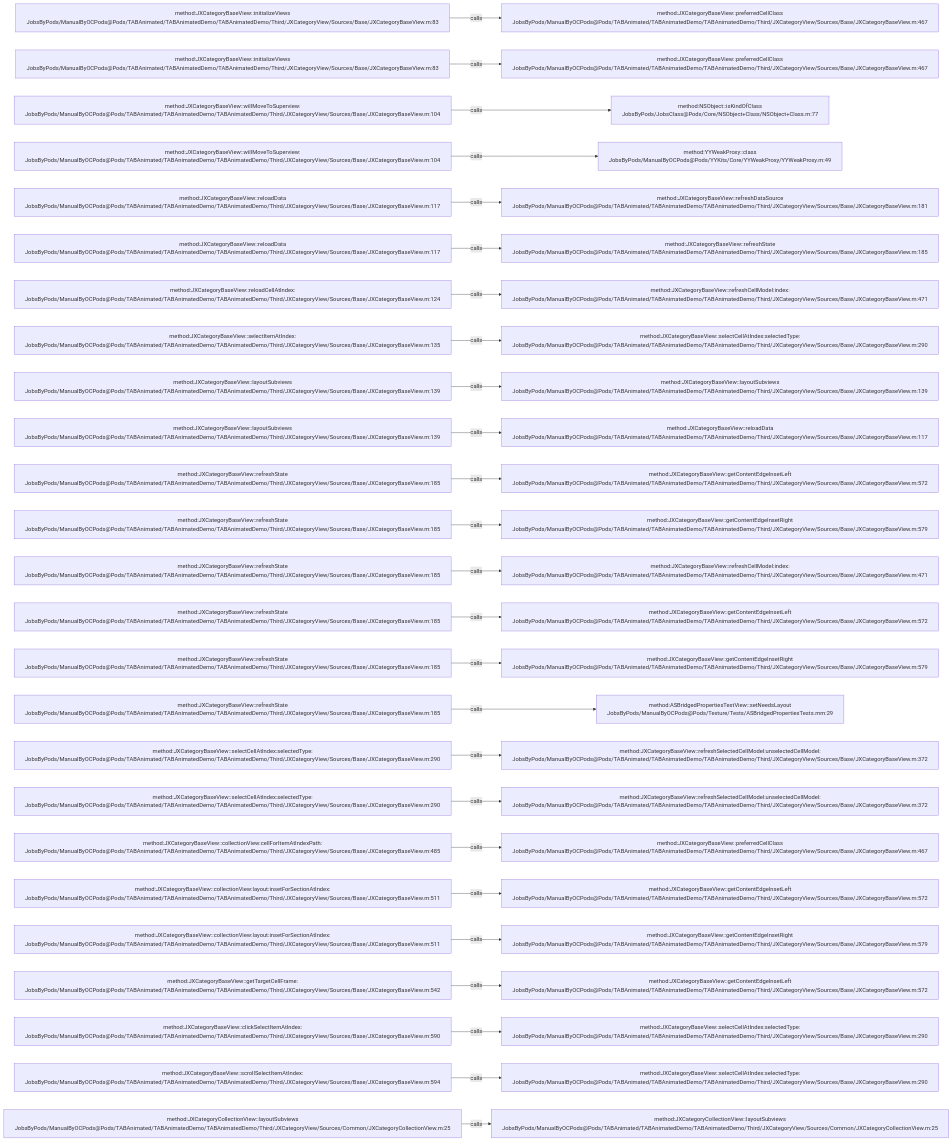
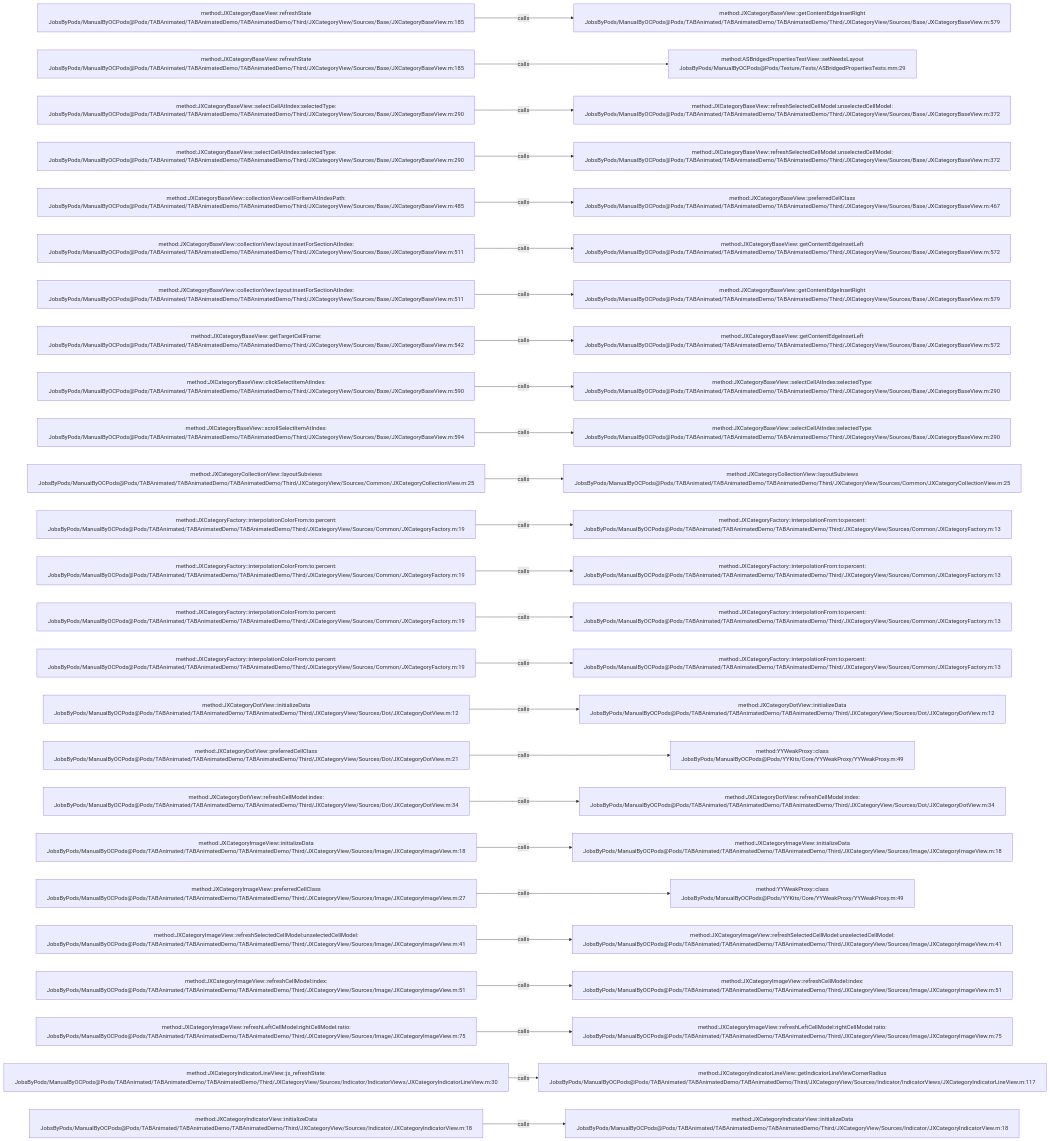
Before and after one commit to JobsKits/JobsOCBaseConfigDemo: the diagram in .codegraph/codegraph.md/graphs/calls-043.md, drawn with Mermaid. The commit also changed 296 other files, not shown here.

````diff
--- a/.codegraph/codegraph.md/graphs/calls-043.md
+++ b/.codegraph/codegraph.md/graphs/calls-043.md
@@ -13,78 +13,78 @@
 ```mermaid
 flowchart LR
-  S1["method:JXCategoryBaseView::initializeViews<br/>JobsByPods/ManualByOCPods@Pods/TABAnimated/TABAnimatedDemo/TABAnimatedDemo/Third/JXCategoryView/Sources/Base/JXCategoryBaseView.m:83"]
-  T1["method:JXCategoryBaseView::preferredCellClass<br/>JobsByPods/ManualByOCPods@Pods/TABAnimated/TABAnimatedDemo/TABAnimatedDemo/Third/JXCategoryView/Sources/Base/JXCategoryBaseView.m:467"]
+  S1["method:JXCategoryBaseView::refreshState<br/>JobsByPods/ManualByOCPods@Pods/TABAnimated/TABAnimatedDemo/TABAnimatedDemo/Third/JXCategoryView/Sources/Base/JXCategoryBaseView.m:185"]
+  T1["method:JXCategoryBaseView::getContentEdgeInsetRight<br/>JobsByPods/ManualByOCPods@Pods/TABAnimated/TABAnimatedDemo/TABAnimatedDemo/Third/JXCategoryView/Sources/Base/JXCategoryBaseView.m:579"]
   S1 -->|calls| T1
-  S2["method:JXCategoryBaseView::initializeViews<br/>JobsByPods/ManualByOCPods@Pods/TABAnimated/TABAnimatedDemo/TABAnimatedDemo/Third/JXCategoryView/Sources/Base/JXCategoryBaseView.m:83"]
-  T2["method:JXCategoryBaseView::preferredCellClass<br/>JobsByPods/ManualByOCPods@Pods/TABAnimated/TABAnimatedDemo/TABAnimatedDemo/Third/JXCategoryView/Sources/Base/JXCategoryBaseView.m:467"]
+  S2["method:JXCategoryBaseView::refreshState<br/>JobsByPods/ManualByOCPods@Pods/TABAnimated/TABAnimatedDemo/TABAnimatedDemo/Third/JXCategoryView/Sources/Base/JXCategoryBaseView.m:185"]
+  T2["method:ASBridgedPropertiesTestView::setNeedsLayout<br/>JobsByPods/ManualByOCPods@Pods/Texture/Tests/ASBridgedPropertiesTests.mm:29"]
   S2 -->|calls| T2
-  S3["method:JXCategoryBaseView::willMoveToSuperview:<br/>JobsByPods/ManualByOCPods@Pods/TABAnimated/TABAnimatedDemo/TABAnimatedDemo/Third/JXCategoryView/Sources/Base/JXCategoryBaseView.m:104"]
-  T3["method:NSObject::isKindOfClass<br/>JobsByPods/JobsClass@Pods/Core/NSObject+Class/NSObject+Class.m:77"]
+  S3["method:JXCategoryBaseView::selectCellAtIndex:selectedType:<br/>JobsByPods/ManualByOCPods@Pods/TABAnimated/TABAnimatedDemo/TABAnimatedDemo/Third/JXCategoryView/Sources/Base/JXCategoryBaseView.m:290"]
+  T3["method:JXCategoryBaseView::refreshSelectedCellModel:unselectedCellModel:<br/>JobsByPods/ManualByOCPods@Pods/TABAnimated/TABAnimatedDemo/TABAnimatedDemo/Third/JXCategoryView/Sources/Base/JXCategoryBaseView.m:372"]
   S3 -->|calls| T3
-  S4["method:JXCategoryBaseView::willMoveToSuperview:<br/>JobsByPods/ManualByOCPods@Pods/TABAnimated/TABAnimatedDemo/TABAnimatedDemo/Third/JXCategoryView/Sources/Base/JXCategoryBaseView.m:104"]
-  T4["method:YYWeakProxy::class<br/>JobsByPods/ManualByOCPods@Pods/YYKits/Core/YYWeakProxy/YYWeakProxy.m:49"]
+  S4["method:JXCategoryBaseView::selectCellAtIndex:selectedType:<br/>JobsByPods/ManualByOCPods@Pods/TABAnimated/TABAnimatedDemo/TABAnimatedDemo/Third/JXCategoryView/Sources/Base/JXCategoryBaseView.m:290"]
+  T4["method:JXCategoryBaseView::refreshSelectedCellModel:unselectedCellModel:<br/>JobsByPods/ManualByOCPods@Pods/TABAnimated/TABAnimatedDemo/TABAnimatedDemo/Third/JXCategoryView/Sources/Base/JXCategoryBaseView.m:372"]
   S4 -->|calls| T4
-  S5["method:JXCategoryBaseView::reloadData<br/>JobsByPods/ManualByOCPods@Pods/TABAnimated/TABAnimatedDemo/TABAnimatedDemo/Third/JXCategoryView/Sources/Base/JXCategoryBaseView.m:117"]
-  T5["method:JXCategoryBaseView::refreshDataSource<br/>JobsByPods/ManualByOCPods@Pods/TABAnimated/TABAnimatedDemo/TABAnimatedDemo/Third/JXCategoryView/Sources/Base/JXCategoryBaseView.m:181"]
+  S5["method:JXCategoryBaseView::collectionView:cellForItemAtIndexPath:<br/>JobsByPods/ManualByOCPods@Pods/TABAnimated/TABAnimatedDemo/TABAnimatedDemo/Third/JXCategoryView/Sources/Base/JXCategoryBaseView.m:485"]
+  T5["method:JXCategoryBaseView::preferredCellClass<br/>JobsByPods/ManualByOCPods@Pods/TABAnimated/TABAnimatedDemo/TABAnimatedDemo/Third/JXCategoryView/Sources/Base/JXCategoryBaseView.m:467"]
   S5 -->|calls| T5
-  S6["method:JXCategoryBaseView::reloadData<br/>JobsByPods/ManualByOCPods@Pods/TABAnimated/TABAnimatedDemo/TABAnimatedDemo/Third/JXCategoryView/Sources/Base/JXCategoryBaseView.m:117"]
-  T6["method:JXCategoryBaseView::refreshState<br/>JobsByPods/ManualByOCPods@Pods/TABAnimated/TABAnimatedDemo/TABAnimatedDemo/Third/JXCategoryView/Sources/Base/JXCategoryBaseView.m:185"]
+  S6["method:JXCategoryBaseView::collectionView:layout:insetForSectionAtIndex:<br/>JobsByPods/ManualByOCPods@Pods/TABAnimated/TABAnimatedDemo/TABAnimatedDemo/Third/JXCategoryView/Sources/Base/JXCategoryBaseView.m:511"]
+  T6["method:JXCategoryBaseView::getContentEdgeInsetLeft<br/>JobsByPods/ManualByOCPods@Pods/TABAnimated/TABAnimatedDemo/TABAnimatedDemo/Third/JXCategoryView/Sources/Base/JXCategoryBaseView.m:572"]
   S6 -->|calls| T6
-  S7["method:JXCategoryBaseView::reloadCellAtIndex:<br/>JobsByPods/ManualByOCPods@Pods/TABAnimated/TABAnimatedDemo/TABAnimatedDemo/Third/JXCategoryView/Sources/Base/JXCategoryBaseView.m:124"]
-  T7["method:JXCategoryBaseView::refreshCellModel:index:<br/>JobsByPods/ManualByOCPods@Pods/TABAnimated/TABAnimatedDemo/TABAnimatedDemo/Third/JXCategoryView/Sources/Base/JXCategoryBaseView.m:471"]
+  S7["method:JXCategoryBaseView::collectionView:layout:insetForSectionAtIndex:<br/>JobsByPods/ManualByOCPods@Pods/TABAnimated/TABAnimatedDemo/TABAnimatedDemo/Third/JXCategoryView/Sources/Base/JXCategoryBaseView.m:511"]
+  T7["method:JXCategoryBaseView::getContentEdgeInsetRight<br/>JobsByPods/ManualByOCPods@Pods/TABAnimated/TABAnimatedDemo/TABAnimatedDemo/Third/JXCategoryView/Sources/Base/JXCategoryBaseView.m:579"]
   S7 -->|calls| T7
-  S8["method:JXCategoryBaseView::selectItemAtIndex:<br/>JobsByPods/ManualByOCPods@Pods/TABAnimated/TABAnimatedDemo/TABAnimatedDemo/Third/JXCategoryView/Sources/Base/JXCategoryBaseView.m:135"]
-  T8["method:JXCategoryBaseView::selectCellAtIndex:selectedType:<br/>JobsByPods/ManualByOCPods@Pods/TABAnimated/TABAnimatedDemo/TABAnimatedDemo/Third/JXCategoryView/Sources/Base/JXCategoryBaseView.m:290"]
+  S8["method:JXCategoryBaseView::getTargetCellFrame:<br/>JobsByPods/ManualByOCPods@Pods/TABAnimated/TABAnimatedDemo/TABAnimatedDemo/Third/JXCategoryView/Sources/Base/JXCategoryBaseView.m:542"]
+  T8["method:JXCategoryBaseView::getContentEdgeInsetLeft<br/>JobsByPods/ManualByOCPods@Pods/TABAnimated/TABAnimatedDemo/TABAnimatedDemo/Third/JXCategoryView/Sources/Base/JXCategoryBaseView.m:572"]
   S8 -->|calls| T8
-  S9["method:JXCategoryBaseView::layoutSubviews<br/>JobsByPods/ManualByOCPods@Pods/TABAnimated/TABAnimatedDemo/TABAnimatedDemo/Third/JXCategoryView/Sources/Base/JXCategoryBaseView.m:139"]
-  T9["method:JXCategoryBaseView::layoutSubviews<br/>JobsByPods/ManualByOCPods@Pods/TABAnimated/TABAnimatedDemo/TABAnimatedDemo/Third/JXCategoryView/Sources/Base/JXCategoryBaseView.m:139"]
+  S9["method:JXCategoryBaseView::clickSelectItemAtIndex:<br/>JobsByPods/ManualByOCPods@Pods/TABAnimated/TABAnimatedDemo/TABAnimatedDemo/Third/JXCategoryView/Sources/Base/JXCategoryBaseView.m:590"]
+  T9["method:JXCategoryBaseView::selectCellAtIndex:selectedType:<br/>JobsByPods/ManualByOCPods@Pods/TABAnimated/TABAnimatedDemo/TABAnimatedDemo/Third/JXCategoryView/Sources/Base/JXCategoryBaseView.m:290"]
   S9 -->|calls| T9
-  S10["method:JXCategoryBaseView::layoutSubviews<br/>JobsByPods/ManualByOCPods@Pods/TABAnimated/TABAnimatedDemo/TABAnimatedDemo/Third/JXCategoryView/Sources/Base/JXCategoryBaseView.m:139"]
-  T10["method:JXCategoryBaseView::reloadData<br/>JobsByPods/ManualByOCPods@Pods/TABAnimated/TABAnimatedDemo/TABAnimatedDemo/Third/JXCategoryView/Sources/Base/JXCategoryBaseView.m:117"]
+  S10["method:JXCategoryBaseView::scrollSelectItemAtIndex:<br/>JobsByPods/ManualByOCPods@Pods/TABAnimated/TABAnimatedDemo/TABAnimatedDemo/Third/JXCategoryView/Sources/Base/JXCategoryBaseView.m:594"]
+  T10["method:JXCategoryBaseView::selectCellAtIndex:selectedType:<br/>JobsByPods/ManualByOCPods@Pods/TABAnimated/TABAnimatedDemo/TABAnimatedDemo/Third/JXCategoryView/Sources/Base/JXCategoryBaseView.m:290"]
   S10 -->|calls| T10
-  S11["method:JXCategoryBaseView::refreshState<br/>JobsByPods/ManualByOCPods@Pods/TABAnimated/TABAnimatedDemo/TABAnimatedDemo/Third/JXCategoryView/Sources/Base/JXCategoryBaseView.m:185"]
-  T11["method:JXCategoryBaseView::getContentEdgeInsetLeft<br/>JobsByPods/ManualByOCPods@Pods/TABAnimated/TABAnimatedDemo/TABAnimatedDemo/Third/JXCategoryView/Sources/Base/JXCategoryBaseView.m:572"]
+  S11["method:JXCategoryCollectionView::layoutSubviews<br/>JobsByPods/ManualByOCPods@Pods/TABAnimated/TABAnimatedDemo/TABAnimatedDemo/Third/JXCategoryView/Sources/Common/JXCategoryCollectionView.m:25"]
+  T11["method:JXCategoryCollectionView::layoutSubviews<br/>JobsByPods/ManualByOCPods@Pods/TABAnimated/TABAnimatedDemo/TABAnimatedDemo/Third/JXCategoryView/Sources/Common/JXCategoryCollectionView.m:25"]
   S11 -->|calls| T11
-  S12["method:JXCategoryBaseView::refreshState<br/>JobsByPods/ManualByOCPods@Pods/TABAnimated/TABAnimatedDemo/TABAnimatedDemo/Third/JXCategoryView/Sources/Base/JXCategoryBaseView.m:185"]
-  T12["method:JXCategoryBaseView::getContentEdgeInsetRight<br/>JobsByPods/ManualByOCPods@Pods/TABAnimated/TABAnimatedDemo/TABAnimatedDemo/Third/JXCategoryView/Sources/Base/JXCategoryBaseView.m:579"]
+  S12["method:JXCategoryFactory::interpolationColorFrom:to:percent:<br/>JobsByPods/ManualByOCPods@Pods/TABAnimated/TABAnimatedDemo/TABAnimatedDemo/Third/JXCategoryView/Sources/Common/JXCategoryFactory.m:19"]
+  T12["method:JXCategoryFactory::interpolationFrom:to:percent:<br/>JobsByPods/ManualByOCPods@Pods/TABAnimated/TABAnimatedDemo/TABAnimatedDemo/Third/JXCategoryView/Sources/Common/JXCategoryFactory.m:13"]
   S12 -->|calls| T12
-  S13["method:JXCategoryBaseView::refreshState<br/>JobsByPods/ManualByOCPods@Pods/TABAnimated/TABAnimatedDemo/TABAnimatedDemo/Third/JXCategoryView/Sources/Base/JXCategoryBaseView.m:185"]
-  T13["method:JXCategoryBaseView::refreshCellModel:index:<br/>JobsByPods/ManualByOCPods@Pods/TABAnimated/TABAnimatedDemo/TABAnimatedDemo/Third/JXCategoryView/Sources/Base/JXCategoryBaseView.m:471"]
+  S13["method:JXCategoryFactory::interpolationColorFrom:to:percent:<br/>JobsByPods/ManualByOCPods@Pods/TABAnimated/TABAnimatedDemo/TABAnimatedDemo/Third/JXCategoryView/Sources/Common/JXCategoryFactory.m:19"]
+  T13["method:JXCategoryFactory::interpolationFrom:to:percent:<br/>JobsByPods/ManualByOCPods@Pods/TABAnimated/TABAnimatedDemo/TABAnimatedDemo/Third/JXCategoryView/Sources/Common/JXCategoryFactory.m:13"]
   S13 -->|calls| T13
-  S14["method:JXCategoryBaseView::refreshState<br/>JobsByPods/ManualByOCPods@Pods/TABAnimated/TABAnimatedDemo/TABAnimatedDemo/Third/JXCategoryView/Sources/Base/JXCategoryBaseView.m:185"]
-  T14["method:JXCategoryBaseView::getContentEdgeInsetLeft<br/>JobsByPods/ManualByOCPods@Pods/TABAnimated/TABAnimatedDemo/TABAnimatedDemo/Third/JXCategoryView/Sources/Base/JXCategoryBaseView.m:572"]
+  S14["method:JXCategoryFactory::interpolationColorFrom:to:percent:<br/>JobsByPods/ManualByOCPods@Pods/TABAnimated/TABAnimatedDemo/TABAnimatedDemo/Third/JXCategoryView/Sources/Common/JXCategoryFactory.m:19"]
+  T14["method:JXCategoryFactory::interpolationFrom:to:percent:<br/>JobsByPods/ManualByOCPods@Pods/TABAnimated/TABAnimatedDemo/TABAnimatedDemo/Third/JXCategoryView/Sources/Common/JXCategoryFactory.m:13"]
   S14 -->|calls| T14
-  S15["method:JXCategoryBaseView::refreshState<br/>JobsByPods/ManualByOCPods@Pods/TABAnimated/TABAnimatedDemo/TABAnimatedDemo/Third/JXCategoryView/Sources/Base/JXCategoryBaseView.m:185"]
-  T15["method:JXCategoryBaseView::getContentEdgeInsetRight<br/>JobsByPods/ManualByOCPods@Pods/TABAnimated/TABAnimatedDemo/TABAnimatedDemo/Third/JXCategoryView/Sources/Base/JXCategoryBaseView.m:579"]
+  S15["method:JXCategoryFactory::interpolationColorFrom:to:percent:<br/>JobsByPods/ManualByOCPods@Pods/TABAnimated/TABAnimatedDemo/TABAnimatedDemo/Third/JXCategoryView/Sources/Common/JXCategoryFactory.m:19"]
+  T15["method:JXCategoryFactory::interpolationFrom:to:percent:<br/>JobsByPods/ManualByOCPods@Pods/TABAnimated/TABAnimatedDemo/TABAnimatedDemo/Third/JXCategoryView/Sources/Common/JXCategoryFactory.m:13"]
   S15 -->|calls| T15
-  S16["method:JXCategoryBaseView::refreshState<br/>JobsByPods/ManualByOCPods@Pods/TABAnimated/TABAnimatedDemo/TABAnimatedDemo/Third/JXCategoryView/Sources/Base/JXCategoryBaseView.m:185"]
-  T16["method:ASBridgedPropertiesTestView::setNeedsLayout<br/>JobsByPods/ManualByOCPods@Pods/Texture/Tests/ASBridgedPropertiesTests.mm:29"]
+  S16["method:JXCategoryDotView::initializeData<br/>JobsByPods/ManualByOCPods@Pods/TABAnimated/TABAnimatedDemo/TABAnimatedDemo/Third/JXCategoryView/Sources/Dot/JXCategoryDotView.m:12"]
+  T16["method:JXCategoryDotView::initializeData<br/>JobsByPods/ManualByOCPods@Pods/TABAnimated/TABAnimatedDemo/TABAnimatedDemo/Third/JXCategoryView/Sources/Dot/JXCategoryDotView.m:12"]
   S16 -->|calls| T16
-  S17["method:JXCategoryBaseView::selectCellAtIndex:selectedType:<br/>JobsByPods/ManualByOCPods@Pods/TABAnimated/TABAnimatedDemo/TABAnimatedDemo/Third/JXCategoryView/Sources/Base/JXCategoryBaseView.m:290"]
-  T17["method:JXCategoryBaseView::refreshSelectedCellModel:unselectedCellModel:<br/>JobsByPods/ManualByOCPods@Pods/TABAnimated/TABAnimatedDemo/TABAnimatedDemo/Third/JXCategoryView/Sources/Base/JXCategoryBaseView.m:372"]
+  S17["method:JXCategoryDotView::preferredCellClass<br/>JobsByPods/ManualByOCPods@Pods/TABAnimated/TABAnimatedDemo/TABAnimatedDemo/Third/JXCategoryView/Sources/Dot/JXCategoryDotView.m:21"]
+  T17["method:YYWeakProxy::class<br/>JobsByPods/ManualByOCPods@Pods/YYKits/Core/YYWeakProxy/YYWeakProxy.m:49"]
   S17 -->|calls| T17
-  S18["method:JXCategoryBaseView::selectCellAtIndex:selectedType:<br/>JobsByPods/ManualByOCPods@Pods/TABAnimated/TABAnimatedDemo/TABAnimatedDemo/Third/JXCategoryView/Sources/Base/JXCategoryBaseView.m:290"]
-  T18["method:JXCategoryBaseView::refreshSelectedCellModel:unselectedCellModel:<br/>JobsByPods/ManualByOCPods@Pods/TABAnimated/TABAnimatedDemo/TABAnimatedDemo/Third/JXCategoryView/Sources/Base/JXCategoryBaseView.m:372"]
+  S18["method:JXCategoryDotView::refreshCellModel:index:<br/>JobsByPods/ManualByOCPods@Pods/TABAnimated/TABAnimatedDemo/TABAnimatedDemo/Third/JXCategoryView/Sources/Dot/JXCategoryDotView.m:34"]
+  T18["method:JXCategoryDotView::refreshCellModel:index:<br/>JobsByPods/ManualByOCPods@Pods/TABAnimated/TABAnimatedDemo/TABAnimatedDemo/Third/JXCategoryView/Sources/Dot/JXCategoryDotView.m:34"]
   S18 -->|calls| T18
-  S19["method:JXCategoryBaseView::collectionView:cellForItemAtIndexPath:<br/>JobsByPods/ManualByOCPods@Pods/TABAnimated/TABAnimatedDemo/TABAnimatedDemo/Third/JXCategoryView/Sources/Base/JXCategoryBaseView.m:485"]
-  T19["method:JXCategoryBaseView::preferredCellClass<br/>JobsByPods/ManualByOCPods@Pods/TABAnimated/TABAnimatedDemo/TABAnimatedDemo/Third/JXCategoryView/Sources/Base/JXCategoryBaseView.m:467"]
+  S19["method:JXCategoryImageView::initializeData<br/>JobsByPods/ManualByOCPods@Pods/TABAnimated/TABAnimatedDemo/TABAnimatedDemo/Third/JXCategoryView/Sources/Image/JXCategoryImageView.m:18"]
+  T19["method:JXCategoryImageView::initializeData<br/>JobsByPods/ManualByOCPods@Pods/TABAnimated/TABAnimatedDemo/TABAnimatedDemo/Third/JXCategoryView/Sources/Image/JXCategoryImageView.m:18"]
   S19 -->|calls| T19
-  S20["method:JXCategoryBaseView::collectionView:layout:insetForSectionAtIndex:<br/>JobsByPods/ManualByOCPods@Pods/TABAnimated/TABAnimatedDemo/TABAnimatedDemo/Third/JXCategoryView/Sources/Base/JXCategoryBaseView.m:511"]
-  T20["method:JXCategoryBaseView::getContentEdgeInsetLeft<br/>JobsByPods/ManualByOCPods@Pods/TABAnimated/TABAnimatedDemo/TABAnimatedDemo/Third/JXCategoryView/Sources/Base/JXCategoryBaseView.m:572"]
+  S20["method:JXCategoryImageView::preferredCellClass<br/>JobsByPods/ManualByOCPods@Pods/TABAnimated/TABAnimatedDemo/TABAnimatedDemo/Third/JXCategoryView/Sources/Image/JXCategoryImageView.m:27"]
+  T20["method:YYWeakProxy::class<br/>JobsByPods/ManualByOCPods@Pods/YYKits/Core/YYWeakProxy/YYWeakProxy.m:49"]
   S20 -->|calls| T20
-  S21["method:JXCategoryBaseView::collectionView:layout:insetForSectionAtIndex:<br/>JobsByPods/ManualByOCPods@Pods/TABAnimated/TABAnimatedDemo/TABAnimatedDemo/Third/JXCategoryView/Sources/Base/JXCategoryBaseView.m:511"]
-  T21["method:JXCategoryBaseView::getContentEdgeInsetRight<br/>JobsByPods/ManualByOCPods@Pods/TABAnimated/TABAnimatedDemo/TABAnimatedDemo/Third/JXCategoryView/Sources/Base/JXCategoryBaseView.m:579"]
+  S21["method:JXCategoryImageView::refreshSelectedCellModel:unselectedCellModel:<br/>JobsByPods/ManualByOCPods@Pods/TABAnimated/TABAnimatedDemo/TABAnimatedDemo/Third/JXCategoryView/Sources/Image/JXCategoryImageView.m:41"]
+  T21["method:JXCategoryImageView::refreshSelectedCellModel:unselectedCellModel:<br/>JobsByPods/ManualByOCPods@Pods/TABAnimated/TABAnimatedDemo/TABAnimatedDemo/Third/JXCategoryView/Sources/Image/JXCategoryImageView.m:41"]
   S21 -->|calls| T21
-  S22["method:JXCategoryBaseView::getTargetCellFrame:<br/>JobsByPods/ManualByOCPods@Pods/TABAnimated/TABAnimatedDemo/TABAnimatedDemo/Third/JXCategoryView/Sources/Base/JXCategoryBaseView.m:542"]
-  T22["method:JXCategoryBaseView::getContentEdgeInsetLeft<br/>JobsByPods/ManualByOCPods@Pods/TABAnimated/TABAnimatedDemo/TABAnimatedDemo/Third/JXCategoryView/Sources/Base/JXCategoryBaseView.m:572"]
+  S22["method:JXCategoryImageView::refreshCellModel:index:<br/>JobsByPods/ManualByOCPods@Pods/TABAnimated/TABAnimatedDemo/TABAnimatedDemo/Third/JXCategoryView/Sources/Image/JXCategoryImageView.m:51"]
+  T22["method:JXCategoryImageView::refreshCellModel:index:<br/>JobsByPods/ManualByOCPods@Pods/TABAnimated/TABAnimatedDemo/TABAnimatedDemo/Third/JXCategoryView/Sources/Image/JXCategoryImageView.m:51"]
   S22 -->|calls| T22
-  S23["method:JXCategoryBaseView::clickSelectItemAtIndex:<br/>JobsByPods/ManualByOCPods@Pods/TABAnimated/TABAnimatedDemo/TABAnimatedDemo/Third/JXCategoryView/Sources/Base/JXCategoryBaseView.m:590"]
-  T23["method:JXCategoryBaseView::selectCellAtIndex:selectedType:<br/>JobsByPods/ManualByOCPods@Pods/TABAnimated/TABAnimatedDemo/TABAnimatedDemo/Third/JXCategoryView/Sources/Base/JXCategoryBaseView.m:290"]
+  S23["method:JXCategoryImageView::refreshLeftCellModel:rightCellModel:ratio:<br/>JobsByPods/ManualByOCPods@Pods/TABAnimated/TABAnimatedDemo/TABAnimatedDemo/Third/JXCategoryView/Sources/Image/JXCategoryImageView.m:75"]
+  T23["method:JXCategoryImageView::refreshLeftCellModel:rightCellModel:ratio:<br/>JobsByPods/ManualByOCPods@Pods/TABAnimated/TABAnimatedDemo/TABAnimatedDemo/Third/JXCategoryView/Sources/Image/JXCategoryImageView.m:75"]
   S23 -->|calls| T23
-  S24["method:JXCategoryBaseView::scrollSelectItemAtIndex:<br/>JobsByPods/ManualByOCPods@Pods/TABAnimated/TABAnimatedDemo/TABAnimatedDemo/Third/JXCategoryView/Sources/Base/JXCategoryBaseView.m:594"]
-  T24["method:JXCategoryBaseView::selectCellAtIndex:selectedType:<br/>JobsByPods/ManualByOCPods@Pods/TABAnimated/TABAnimatedDemo/TABAnimatedDemo/Third/JXCategoryView/Sources/Base/JXCategoryBaseView.m:290"]
+  S24["method:JXCategoryIndicatorLineView::jx_refreshState:<br/>JobsByPods/ManualByOCPods@Pods/TABAnimated/TABAnimatedDemo/TABAnimatedDemo/Third/JXCategoryView/Sources/Indicator/IndicatorViews/JXCategoryIndicatorLineView.m:30"]
+  T24["method:JXCategoryIndicatorLineView::getIndicatorLineViewCornerRadius<br/>JobsByPods/ManualByOCPods@Pods/TABAnimated/TABAnimatedDemo/TABAnimatedDemo/Third/JXCategoryView/Sources/Indicator/IndicatorViews/JXCategoryIndicatorLineView.m:117"]
   S24 -->|calls| T24
-  S25["method:JXCategoryCollectionView::layoutSubviews<br/>JobsByPods/ManualByOCPods@Pods/TABAnimated/TABAnimatedDemo/TABAnimatedDemo/Third/JXCategoryView/Sources/Common/JXCategoryCollectionView.m:25"]
-  T25["method:JXCategoryCollectionView::layoutSubviews<br/>JobsByPods/ManualByOCPods@Pods/TABAnimated/TABAnimatedDemo/TABAnimatedDemo/Third/JXCategoryView/Sources/Common/JXCategoryCollectionView.m:25"]
+  S25["method:JXCategoryIndicatorView::initializeData<br/>JobsByPods/ManualByOCPods@Pods/TABAnimated/TABAnimatedDemo/TABAnimatedDemo/Third/JXCategoryView/Sources/Indicator/JXCategoryIndicatorView.m:18"]
+  T25["method:JXCategoryIndicatorView::initializeData<br/>JobsByPods/ManualByOCPods@Pods/TABAnimated/TABAnimatedDemo/TABAnimatedDemo/Third/JXCategoryView/Sources/Indicator/JXCategoryIndicatorView.m:18"]
   S25 -->|calls| T25
 ```
````
